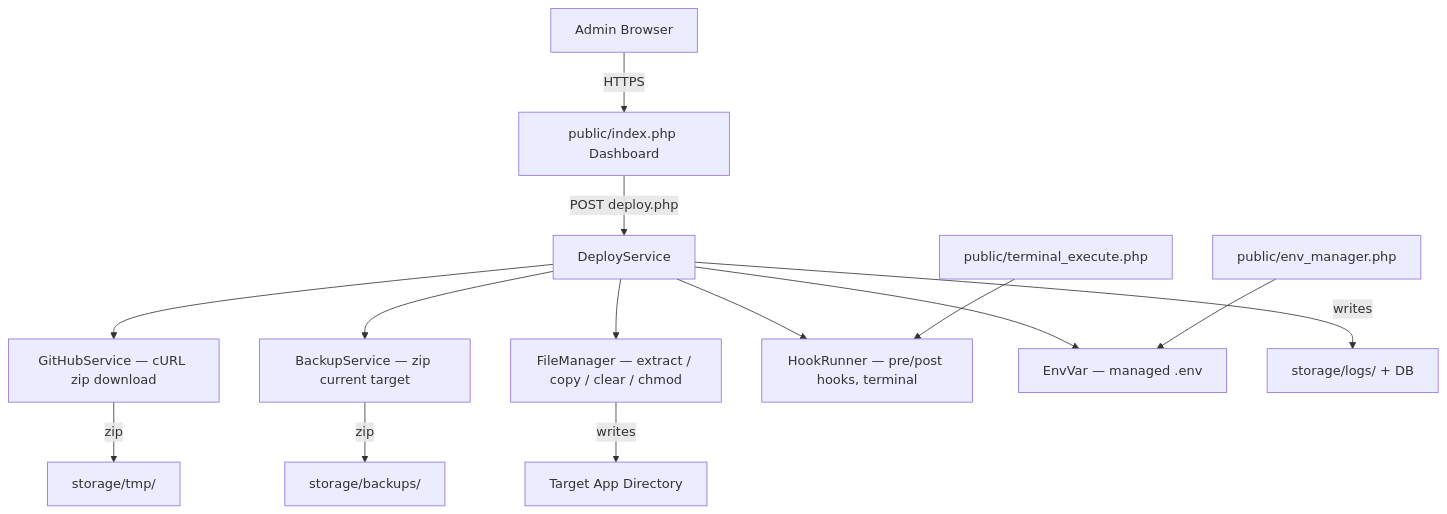
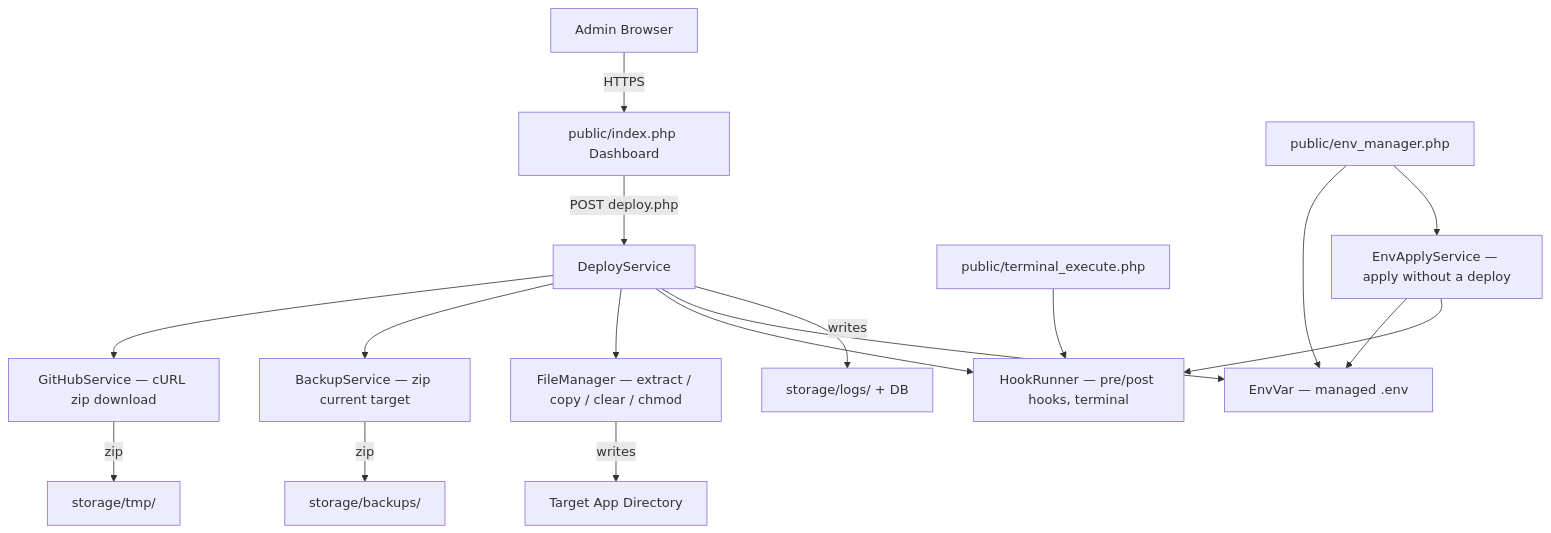
The first of 3 diagrams in docs/ARCHITECTURE.md (tumbujohn/TeraPH-Web-Deployer), drawn with Mermaid before and after one commit. The commit also changed other lines of this file and 3 other files, not shown here.

First line of the commit message:
docs: reconcile README, PROGRESS, ARCHITECTURE and DEVELOPMENT with the Env Manager work

````diff
--- a/docs/ARCHITECTURE.md
+++ b/docs/ARCHITECTURE.md
@@ -15,16 +15,19 @@
 ```mermaid
 graph TD
     A[Admin Browser] -->|HTTPS| B[public/index.php Dashboard]
     B -->|POST deploy.php| C[DeployService]
     C --> D[GitHubService — cURL zip download]
     C --> E[BackupService — zip current target]
     C --> F[FileManager — extract / copy / clear / chmod]
     C --> G[HookRunner — pre/post hooks, terminal]
     C --> H[EnvVar — managed .env]
     D -->|zip| I[storage/tmp/]
     E -->|zip| J[storage/backups/]
     F -->|writes| K[Target App Directory]
     C -->|writes| L[storage/logs/ + DB]
     M[public/terminal_execute.php] --> G
     N[public/env_manager.php] --> H
+    N --> O[EnvApplyService — apply without a deploy]
+    O --> H
+    O --> G
 ```
````
